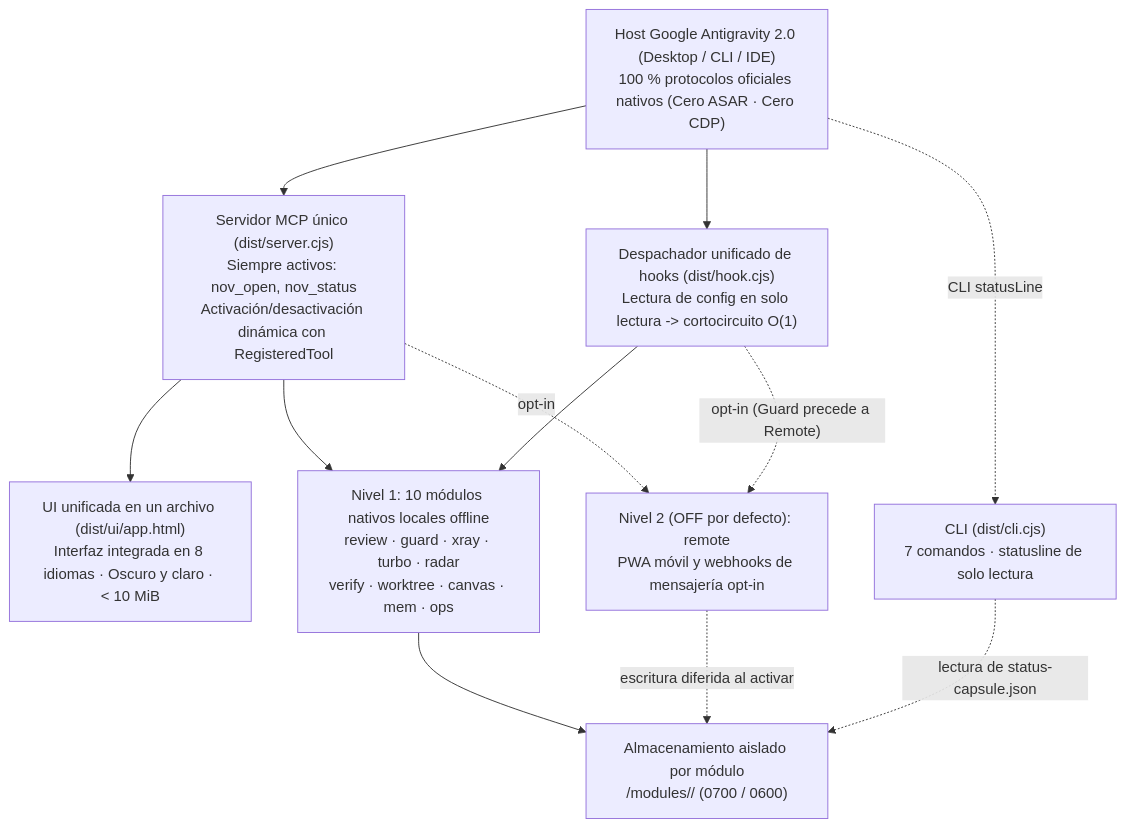
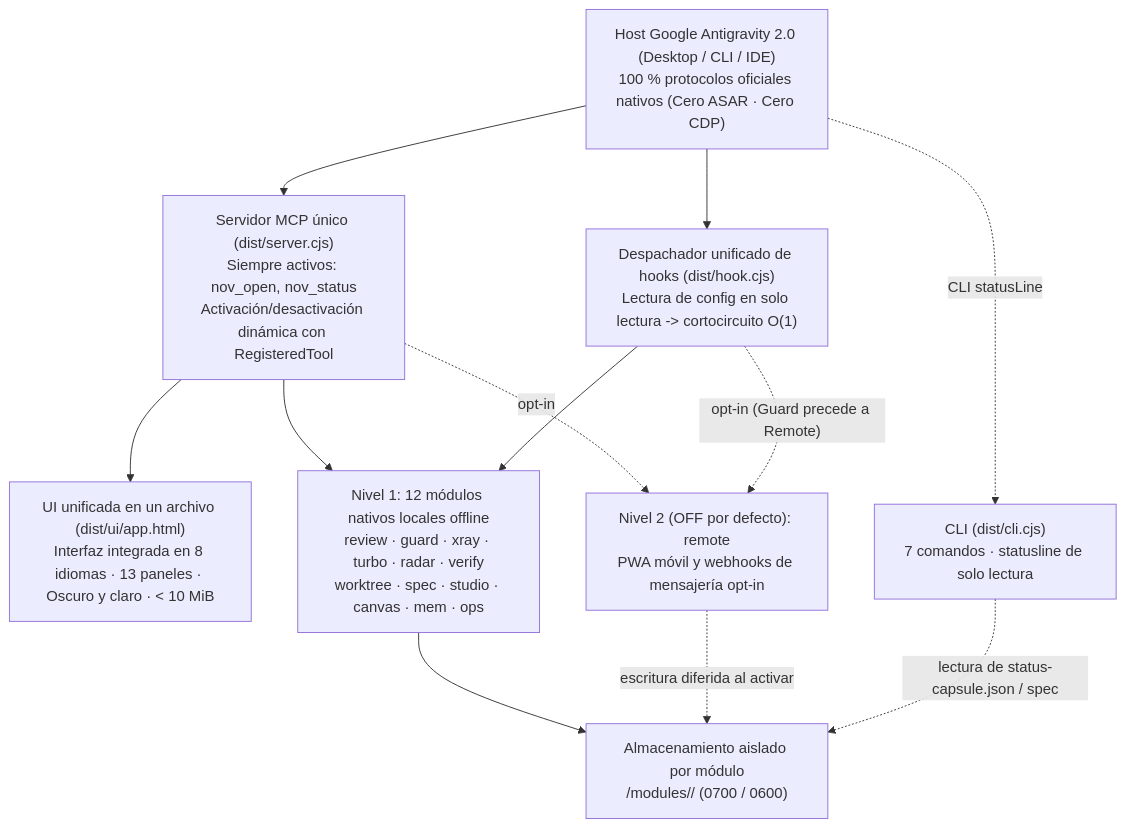
The diagram in docs/i18n/README.es.md (tone-leh/agy-NOV), drawn with Mermaid before and after one commit. The commit also changed other lines of this file and 55 other files, not shown here.

Commit message:
feat(v0.4.0): Spec Flow & Task DAG, Workspace Studio, Turbo RTK compression & Ops 2.0 budget doctor

````diff
--- a/docs/i18n/README.es.md
+++ b/docs/i18n/README.es.md
@@ -194,23 +198,23 @@
 ```mermaid
 flowchart TB
   Host["Host Google Antigravity 2.0 (Desktop / CLI / IDE)\n100 % protocolos oficiales nativos (Cero ASAR · Cero CDP)"]
   MCP["Servidor MCP único (dist/server.cjs)\nSiempre activos: nov_open, nov_status\nActivación/desactivación dinámica con RegisteredTool"]
-  UI["UI unificada en un archivo (dist/ui/app.html)\nInterfaz integrada en 8 idiomas · Oscuro y claro · < 10 MiB"]
+  UI["UI unificada en un archivo (dist/ui/app.html)\nInterfaz integrada en 8 idiomas · 13 paneles · Oscuro y claro · < 10 MiB"]
   Hook["Despachador unificado de hooks (dist/hook.cjs)\nLectura de config en solo lectura -> cortocircuito O(1)"]
   CLI["CLI (dist/cli.cjs)\n7 comandos · statusline de solo lectura"]
   Store["Almacenamiento aislado por módulo\n<dataDir>/modules/<id>/ (0700 / 0600)"]
-  T1["Nivel 1: 10 módulos nativos locales offline\nreview · guard · xray · turbo · radar\nverify · worktree · canvas · mem · ops"]
+  T1["Nivel 1: 12 módulos nativos locales offline\nreview · guard · xray · turbo · radar · verify\nworktree · spec · studio · canvas · mem · ops"]
   T2R["Nivel 2 (OFF por defecto): remote\nPWA móvil y webhooks de mensajería opt-in"]
 
   Host --> MCP
   Host --> Hook
   Host -. "CLI statusLine" .-> CLI
   MCP --> UI
   MCP --> T1
   MCP -. "opt-in" .-> T2R
   Hook --> T1
   Hook -. "opt-in (Guard precede a Remote)" .-> T2R
   T1 --> Store
   T2R -. "escritura diferida al activar" .-> Store
-  CLI -. "lectura de status-capsule.json" .-> Store
+  CLI -. "lectura de status-capsule.json / spec" .-> Store
 ```
````
